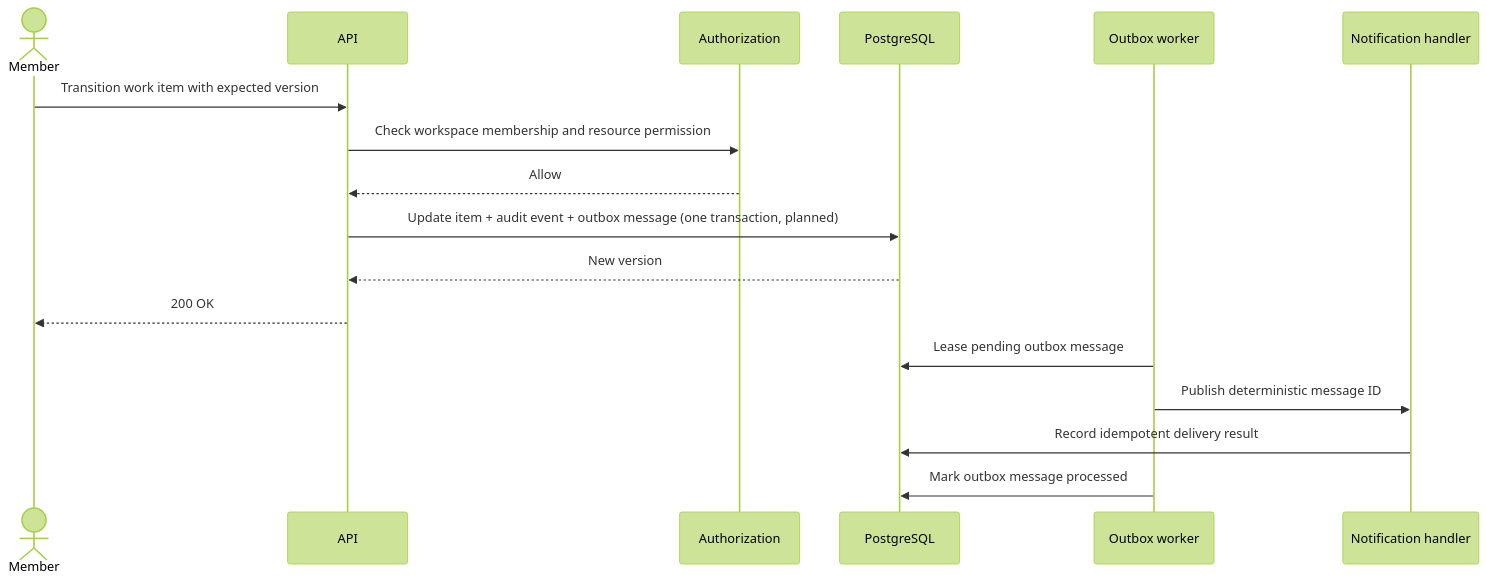
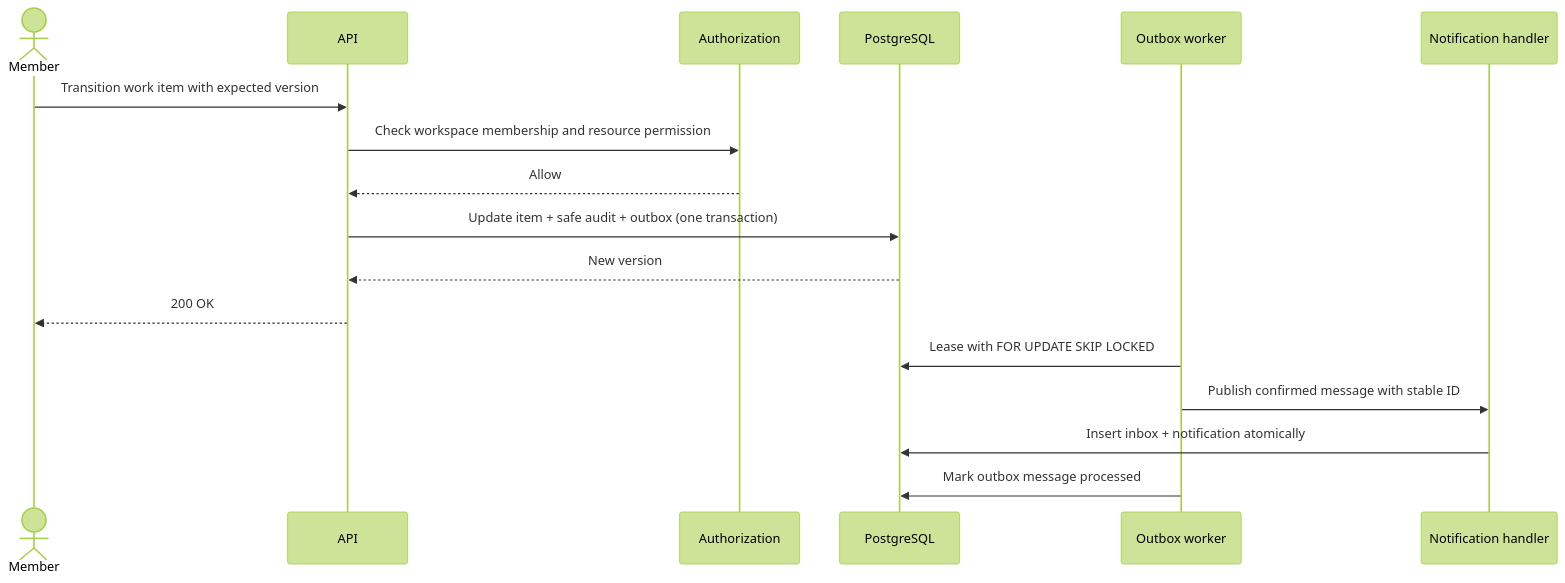
The fourth of 4 diagrams in docs/architecture.md (adnanjalloh/WorkOps.Platform), drawn with Mermaid (forest theme) before and after one commit. The commit also changed other lines of this file and 8 other files, not shown here.

````diff
--- a/docs/architecture.md
+++ b/docs/architecture.md
@@ -90,20 +91,20 @@
 ```mermaid
 sequenceDiagram
     actor Member
     participant API
     participant AuthZ as Authorization
     participant DB as PostgreSQL
     participant Worker as Outbox worker
     participant Notify as Notification handler
 
     Member->>API: Transition work item with expected version
     API->>AuthZ: Check workspace membership and resource permission
     AuthZ-->>API: Allow
-    API->>DB: Update item + audit event + outbox message (one transaction, planned)
+    API->>DB: Update item + safe audit + outbox (one transaction)
     DB-->>API: New version
     API-->>Member: 200 OK
-    Worker->>DB: Lease pending outbox message
-    Worker->>Notify: Publish deterministic message ID
-    Notify->>DB: Record idempotent delivery result
+    Worker->>DB: Lease with FOR UPDATE SKIP LOCKED
+    Worker->>Notify: Publish confirmed message with stable ID
+    Notify->>DB: Insert inbox + notification atomically
     Worker->>DB: Mark outbox message processed
 ```
````
